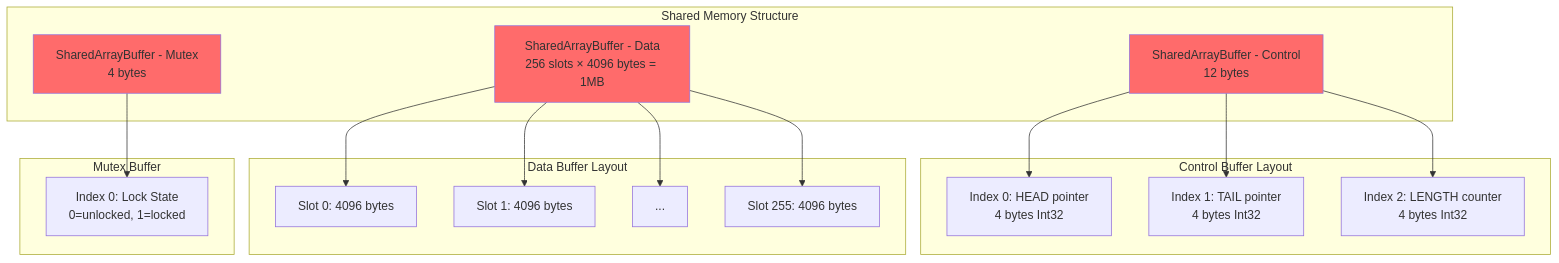
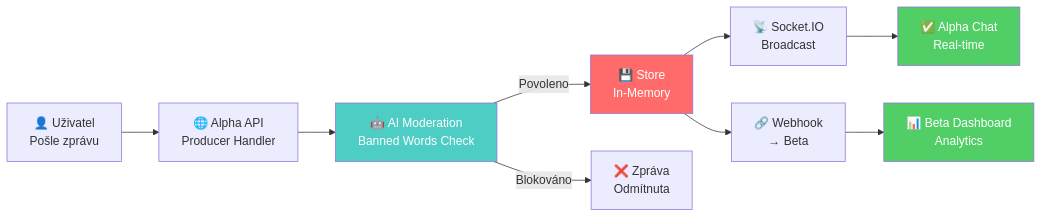
The first of 6 diagrams in DOCUMENTATION.md (RobiNZajicek/CrossChat), drawn with Mermaid before and after one commit. The commit also changed other lines of this file and 28 other files, not shown here.

````diff
--- a/DOCUMENTATION.md
+++ b/DOCUMENTATION.md
@@ -787,38 +19,16 @@
 ```mermaid
-graph TB
-    subgraph "Shared Memory Structure"
-        A[SharedArrayBuffer - Control<br/>12 bytes]
-        B[SharedArrayBuffer - Data<br/>256 slots × 4096 bytes = 1MB]
-        C[SharedArrayBuffer - Mutex<br/>4 bytes]
-    end
-    
-    subgraph "Control Buffer Layout"
-        D[Index 0: HEAD pointer<br/>4 bytes Int32]
-        E[Index 1: TAIL pointer<br/>4 bytes Int32]
-        F[Index 2: LENGTH counter<br/>4 bytes Int32]
-    end
-    
-    subgraph "Data Buffer Layout"
-        G[Slot 0: 4096 bytes]
-        H[Slot 1: 4096 bytes]
-        I[...]
-        J[Slot 255: 4096 bytes]
-    end
-    
-    subgraph "Mutex Buffer"
-        K[Index 0: Lock State<br/>0=unlocked, 1=locked]
-    end
-    
-    A --> D
-    A --> E
-    A --> F
-    B --> G
-    B --> H
-    B --> I
-    B --> J
-    C --> K
-    
-    style A fill:#ff6b6b
-    style B fill:#ff6b6b
-    style C fill:#ff6b6b
+graph LR
+    A[👤 Uživatel<br/>Pošle zprávu] --> B[🌐 Alpha API<br/>Producer Handler]
+    B --> C[🤖 AI Moderation<br/>Banned Words Check]
+    C -->|Povoleno| D[💾 Store<br/>In-Memory]
+    C -->|Blokováno| X[❌ Zpráva<br/>Odmítnuta]
+    D --> E[📡 Socket.IO<br/>Broadcast]
+    D --> F[🔗 Webhook<br/>→ Beta]
+    E --> G[✅ Alpha Chat<br/>Real-time]
+    F --> H[📊 Beta Dashboard<br/>Analytics]
+
+    style C fill:#4ecdc4,color:#fff
+    style D fill:#ff6b6b,color:#fff
+    style G fill:#51cf66,color:#fff
+    style H fill:#51cf66,color:#fff
 ```
````
